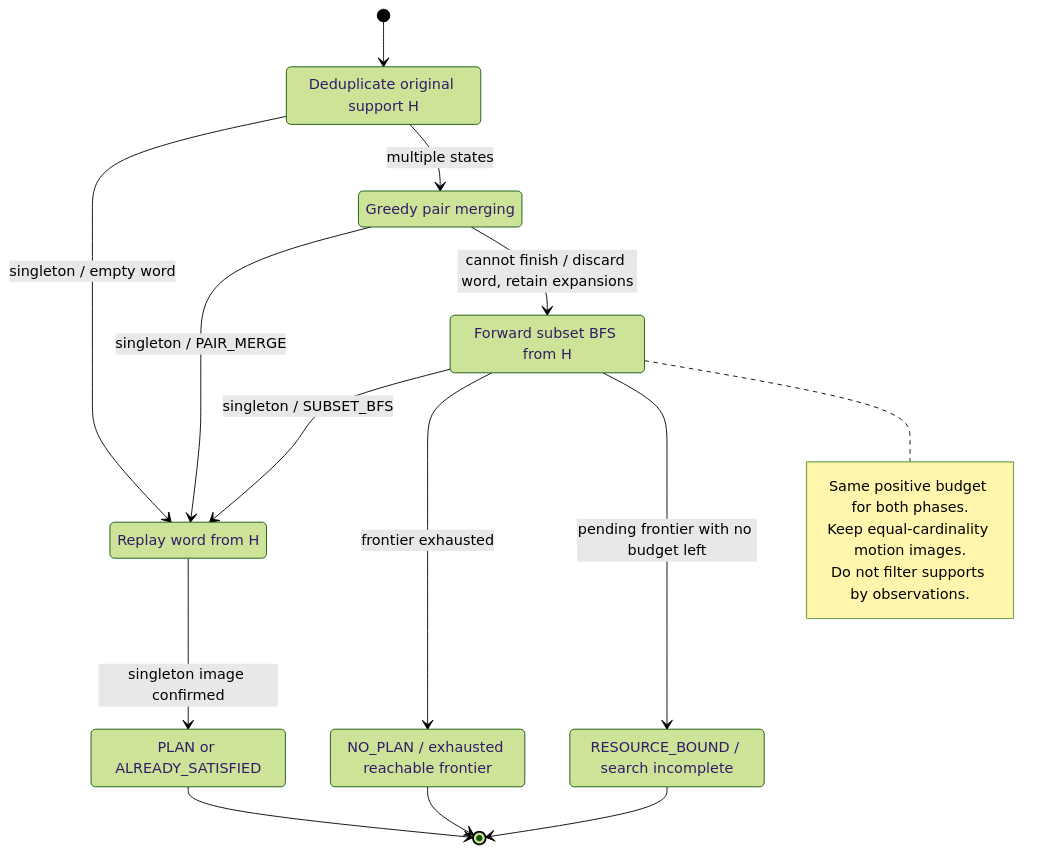
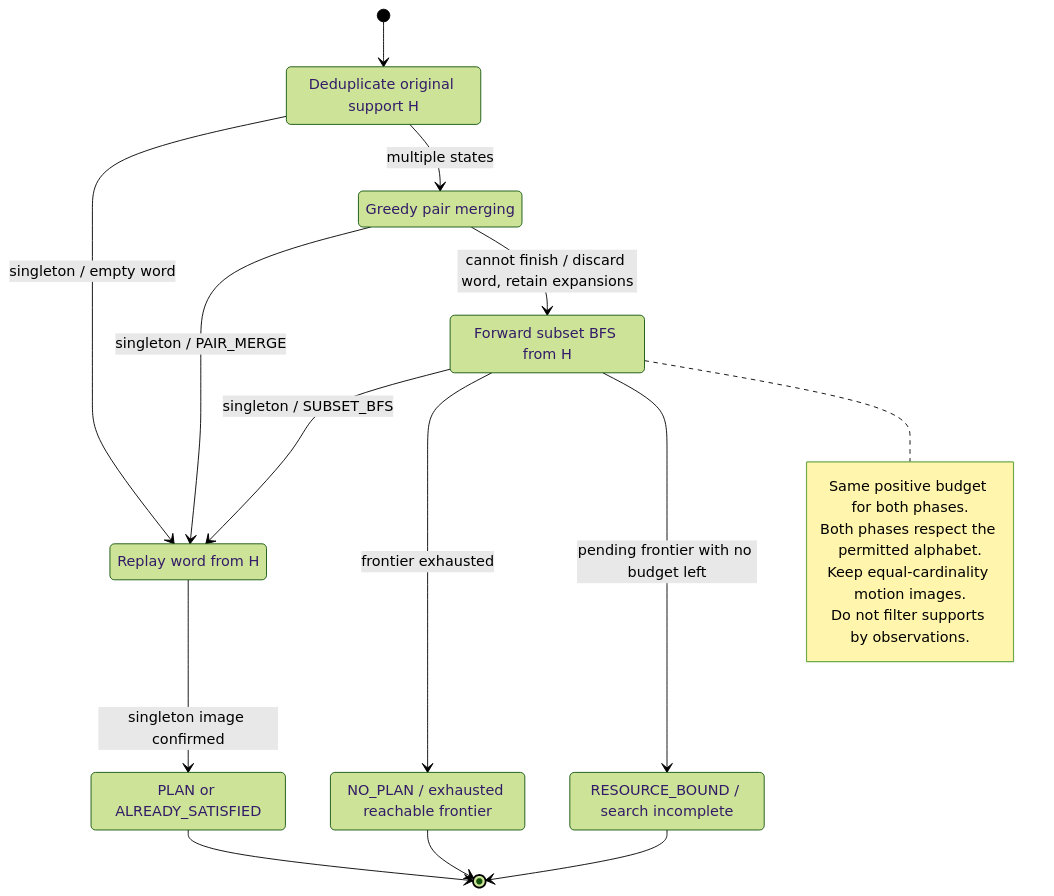
The third of 3 diagrams in README.md (gaperez64/sync-kgraph), drawn with Mermaid (forest theme) before and after one commit. The commit also changed other lines of this file and 8 other files, not shown here.

````diff
--- a/README.md
+++ b/README.md
@@ -298,29 +306,30 @@
 ```mermaid
 stateDiagram-v2
     state "Deduplicate original support H" as Input
     state "Greedy pair merging" as Greedy
     state "Forward subset BFS from H" as Exact
     state "Replay word from H" as Verify
     state "PLAN or ALREADY_SATISFIED" as Success
     state "NO_PLAN / exhausted reachable frontier" as Absent
     state "RESOURCE_BOUND / search incomplete" as Limited
 
     [*] --> Input
     Input --> Verify: singleton / empty word
     Input --> Greedy: multiple states
     Greedy --> Verify: singleton / PAIR_MERGE
     Greedy --> Exact: cannot finish / discard word, retain expansions
     Exact --> Verify: singleton / SUBSET_BFS
     Exact --> Absent: frontier exhausted
     Exact --> Limited: pending frontier with no budget left
     Verify --> Success: singleton image confirmed
     Success --> [*]
     Absent --> [*]
     Limited --> [*]
 
     note right of Exact
         Same positive budget for both phases.
+        Both phases respect the permitted alphabet.
         Keep equal-cardinality motion images.
         Do not filter supports by observations.
     end note
 ```
````
